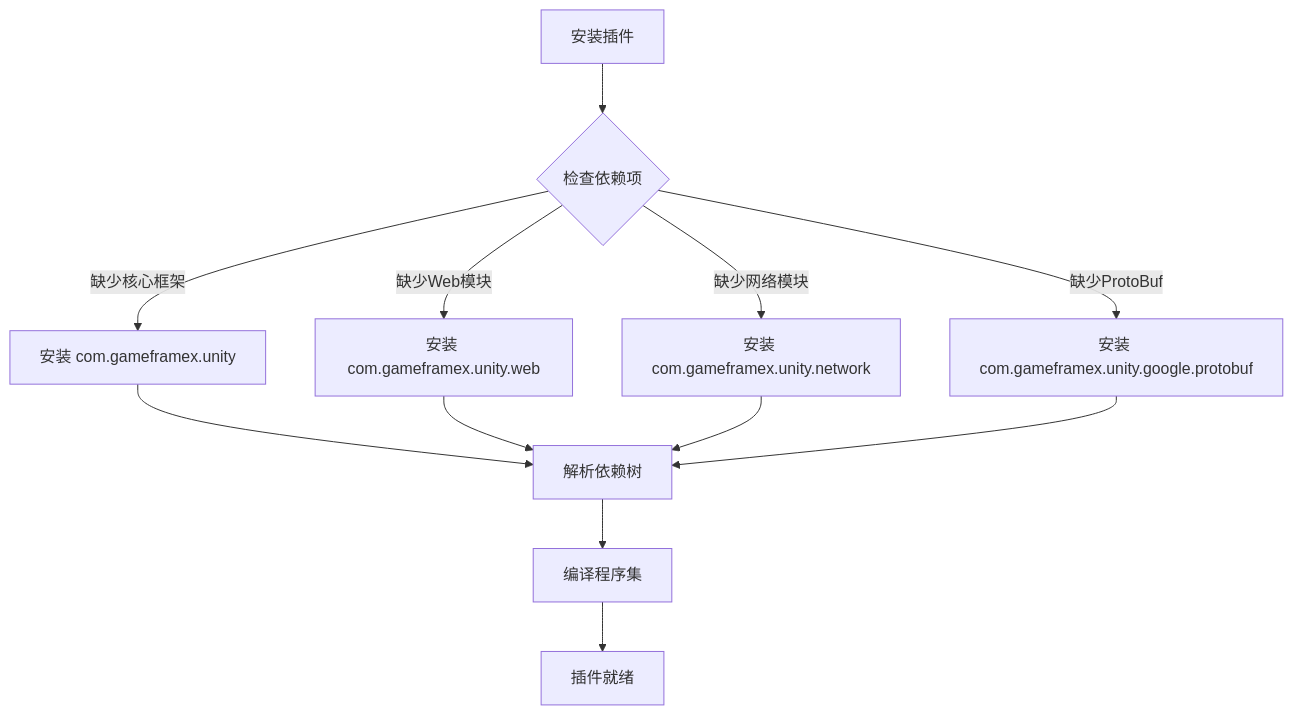
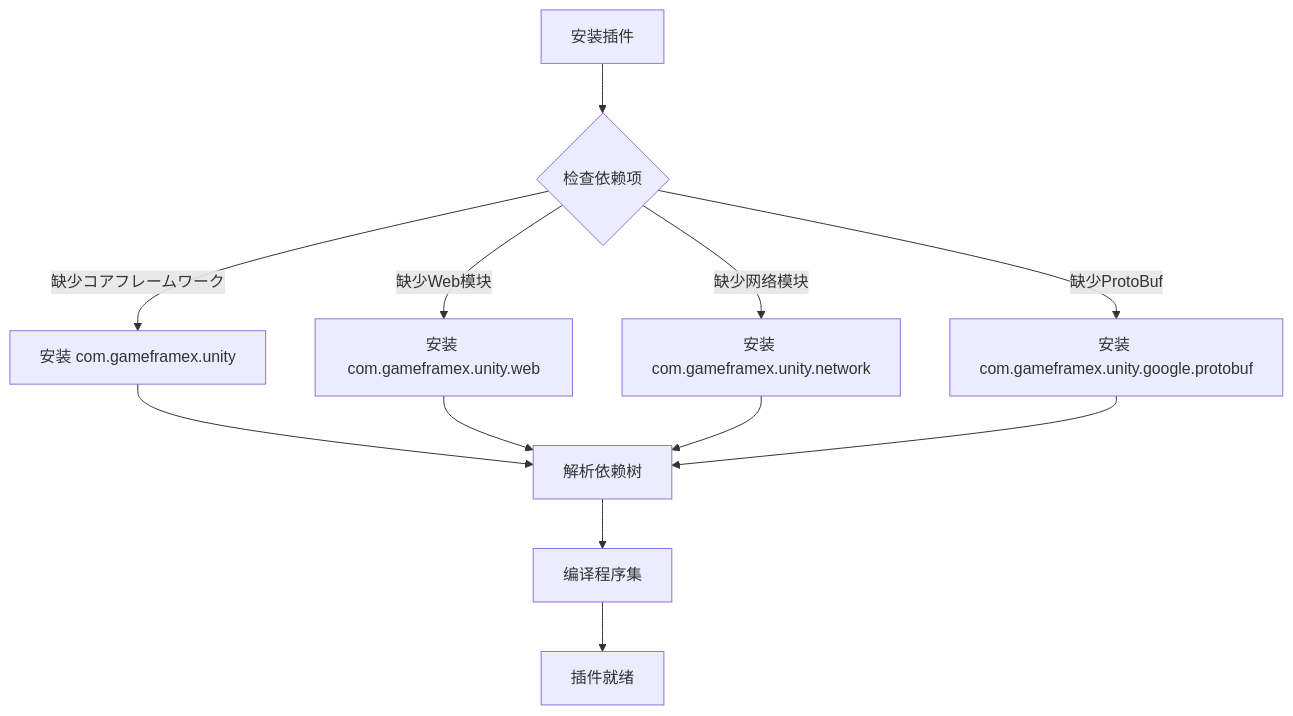
Before and after one commit to AlianBlank/GameFrameX.Docs: the third of 3 diagrams in docs/ja/client/unity/component/web-protobuff/05.dependencies.md, drawn with Mermaid. The commit also changed other lines of this file and 603 other files, not shown here.

````diff
--- a/docs/ja/client/unity/component/web-protobuff/05.dependencies.md
+++ b/docs/ja/client/unity/component/web-protobuff/05.dependencies.md
@@ -180,17 +180,17 @@
 ```mermaid
 flowchart TD
     Start[安装插件] --> CheckDeps{检查依赖项}
     
-    CheckDeps -->|缺少核心框架| InstallCore[安装 com.gameframex.unity]
+    CheckDeps -->|缺少コアフレームワーク| InstallCore[安装 com.gameframex.unity]
     CheckDeps -->|缺少Web模块| InstallWeb[安装 com.gameframex.unity.web]
     CheckDeps -->|缺少网络模块| InstallNetwork[安装 com.gameframex.unity.network]
     CheckDeps -->|缺少ProtoBuf| InstallProtoBuf[安装 com.gameframex.unity.google.protobuf]
     
     InstallCore --> Resolve[解析依赖树]
     InstallWeb --> Resolve
     InstallNetwork --> Resolve
     InstallProtoBuf --> Resolve
     
     Resolve --> BuildAsmdef[编译程序集]
     BuildAsmdef --> Ready[插件就绪]
 ```
````
